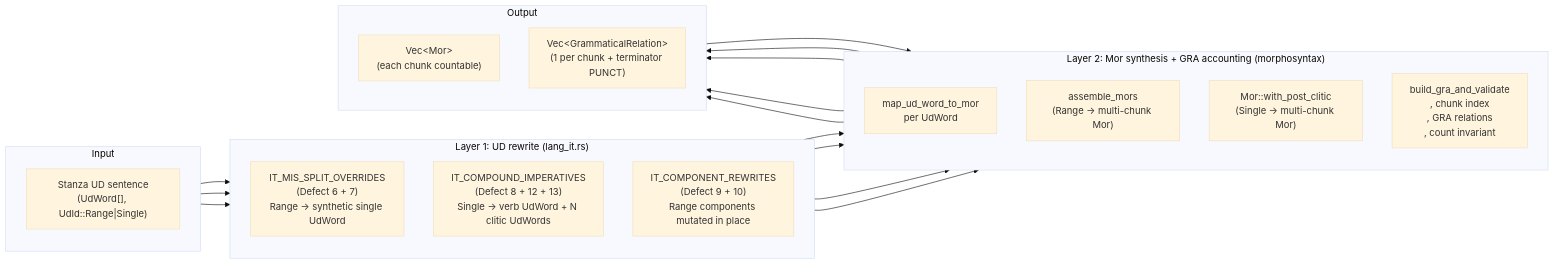
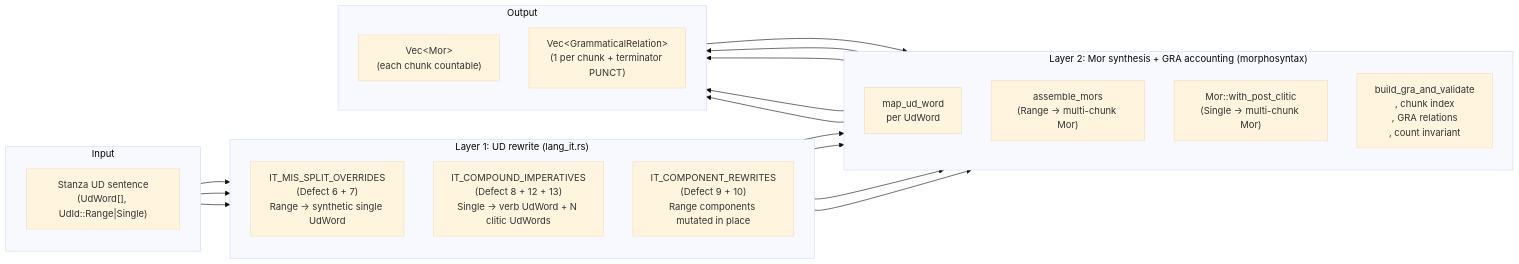
One commit to FranklinChen/talkbank-tools changed the second of 4 diagrams in book/src/batchalign/reference/languages/italian.md. Above: the diagram before and after it, drawn with Mermaid (base theme). The commit also changed other lines of this file and 470 other files, not shown here.

````diff
--- a/book/src/batchalign/reference/languages/italian.md
+++ b/book/src/batchalign/reference/languages/italian.md
@@ -402,41 +402,41 @@
 ```mermaid
 flowchart LR
     subgraph Input
         direction TB
         Stanza["Stanza UD sentence<br/>(UdWord[], UdId::Range|Single)"]
     end
 
     subgraph "Layer 1: UD rewrite (lang_it.rs)"
         direction TB
         MisSplit["IT_MIS_SPLIT_OVERRIDES<br/>(Defect 6 + 7)<br/>Range → synthetic single UdWord"]
         Compound["IT_COMPOUND_IMPERATIVES<br/>(Defect 8 + 12 + 13)<br/>Single → verb UdWord + N clitic UdWords"]
         Component["IT_COMPONENT_REWRITES<br/>(Defect 9 + 10)<br/>Range components mutated in place"]
     end
 
     subgraph "Layer 2: Mor synthesis + GRA accounting (morphosyntax)"
         direction TB
-        MapWord["map_ud_word_to_mor<br/>per UdWord"]
+        MapWord["map_ud_word<br/>per UdWord"]
         Assemble["assemble_mors<br/>(Range → multi-chunk Mor)"]
         WithClitic["Mor::with_post_clitic<br/>(Single → multi-chunk Mor)"]
         BuildGra["build_gra_and_validate<br/>, chunk index<br/>, GRA relations<br/>, count invariant"]
     end
 
     subgraph Output
         direction TB
         Mors["Vec&lt;Mor&gt;<br/>(each chunk countable)"]
         Gras["Vec&lt;GrammaticalRelation&gt;<br/>(1 per chunk + terminator PUNCT)"]
     end
 
     Stanza --> MisSplit
     Stanza --> Compound
     Stanza --> Component
     MisSplit --> MapWord
     Compound --> MapWord
     Compound --> WithClitic
     Component --> Assemble
     MapWord --> Mors
     Assemble --> Mors
     WithClitic --> Mors
     Mors --> BuildGra
     BuildGra --> Gras
 ```
````
